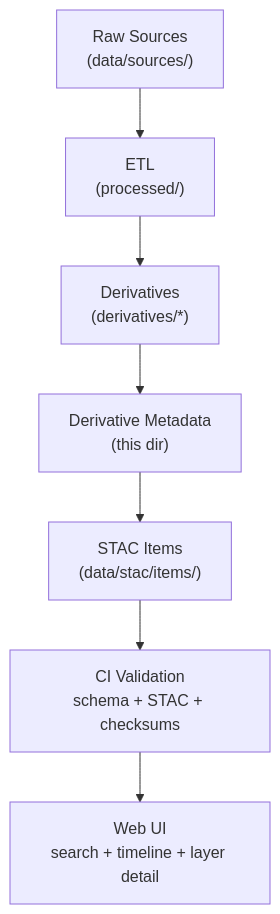
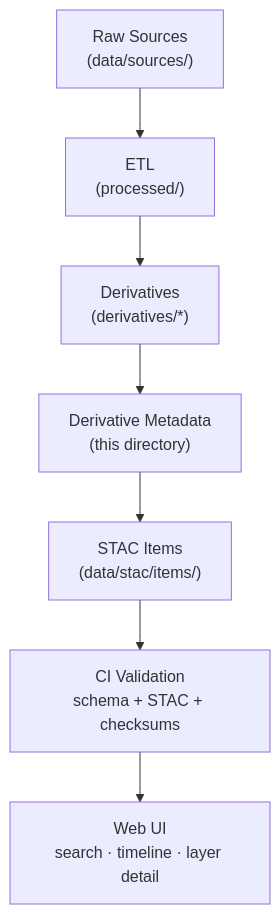
Before and after one commit to bartytime4life/Kansas-Frontier-Matrix: the diagram in data/derivatives/metadata/README.md, drawn with Mermaid. The commit also changed other lines of this file, not shown here.

````diff
--- a/data/derivatives/metadata/README.md
+++ b/data/derivatives/metadata/README.md
@@ -129,9 +120,10 @@
 ```mermaid
 flowchart TD
-  A["Raw Sources\n(data/sources/)"] --> B["ETL\n(processed/)"]
-  B --> C["Derivatives\n(derivatives/*)"]
-  C --> D["Derivative Metadata\n(this dir)"]
-  D --> E["STAC Items\n(data/stac/items/)"]
-  E --> F["CI Validation\nschema + STAC + checksums"]
-  F --> G["Web UI\nsearch + timeline + layer detail"]
+    A["Raw Sources<br/>(data/sources/)"]
+        --> B["ETL<br/>(processed/)"]
+    B --> C["Derivatives<br/>(derivatives/*)"]
+    C --> D["Derivative Metadata<br/>(this directory)"]
+    D --> E["STAC Items<br/>(data/stac/items/)"]
+    E --> F["CI Validation<br/>schema + STAC + checksums"]
+    F --> G["Web UI<br/>search · timeline · layer detail"]
 ```
````
